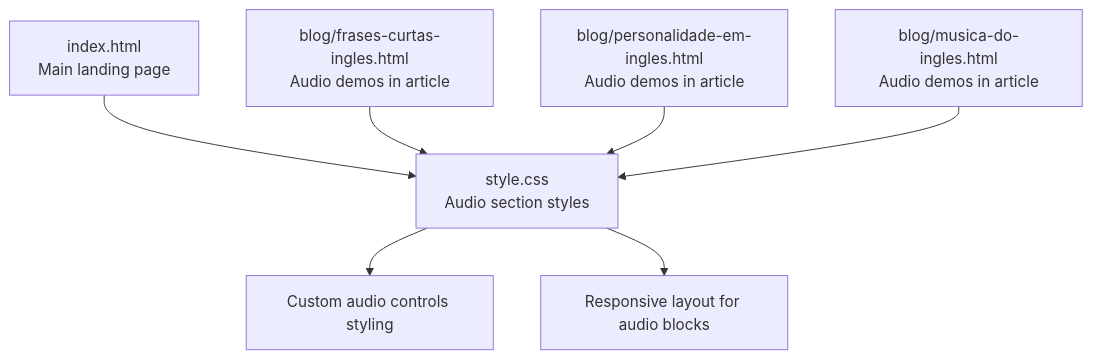
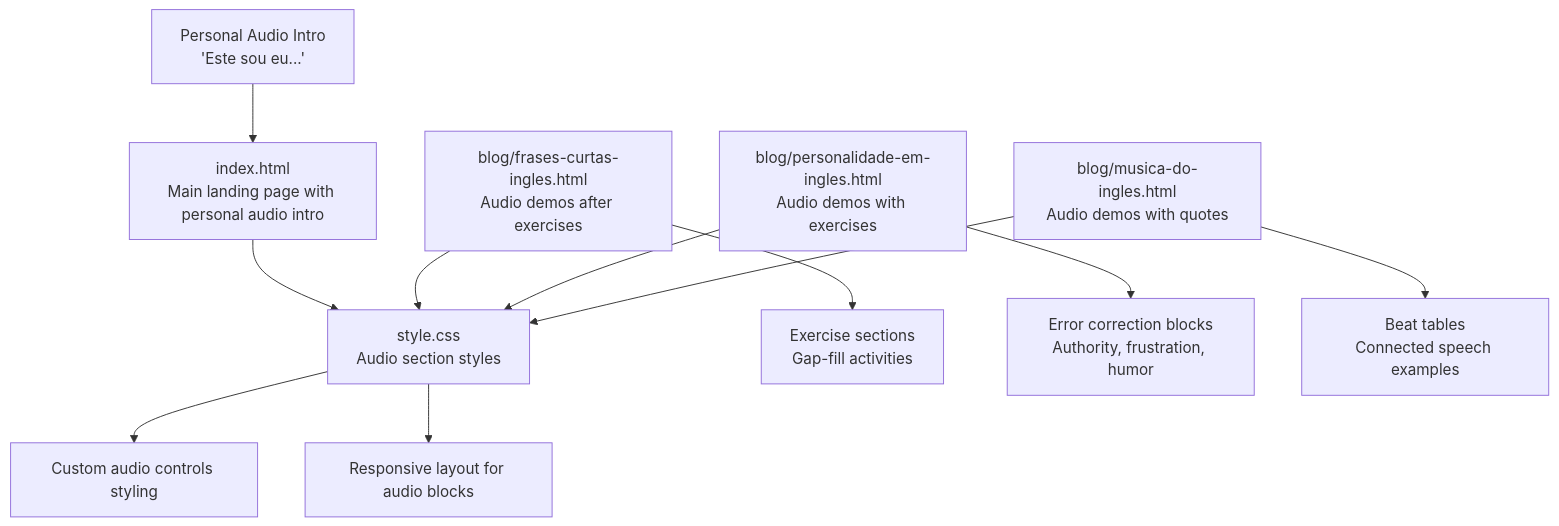
The first of 7 diagrams in .qoder/repowiki/en/content/Core Features/Audio Pronunciation System.md (lynchip/graduates), drawn with Mermaid before and after one commit. The commit also changed other lines of this file and 12 other files, not shown here.

````diff
--- a/.qoder/repowiki/en/content/Core Features/Audio Pronunciation System.md
+++ b/.qoder/repowiki/en/content/Core Features/Audio Pronunciation System.md
@@ -38,9 +47,13 @@
 ```mermaid
 graph TB
-A["index.html<br/>Main landing page"] --> B["style.css<br/>Audio section styles"]
-C["blog/frases-curtas-ingles.html<br/>Audio demos in article"] --> B
-D["blog/personalidade-em-ingles.html<br/>Audio demos in article"] --> B
-E["blog/musica-do-ingles.html<br/>Audio demos in article"] --> B
+A["index.html<br/>Main landing page with personal audio intro"] --> B["style.css<br/>Audio section styles"]
+C["blog/frases-curtas-ingles.html<br/>Audio demos after exercises"] --> B
+D["blog/personalidade-em-ingles.html<br/>Audio demos with exercises"] --> B
+E["blog/musica-do-ingles.html<br/>Audio demos with quotes"] --> B
 B --> F["Custom audio controls styling"]
 B --> G["Responsive layout for audio blocks"]
+C --> H["Exercise sections<br/>Gap-fill activities"]
+D --> I["Error correction blocks<br/>Authority, frustration, humor"]
+E --> J["Beat tables<br/>Connected speech examples"]
+K["Personal Audio Intro<br/>'Este sou eu...'"] --> A
 ```
````
